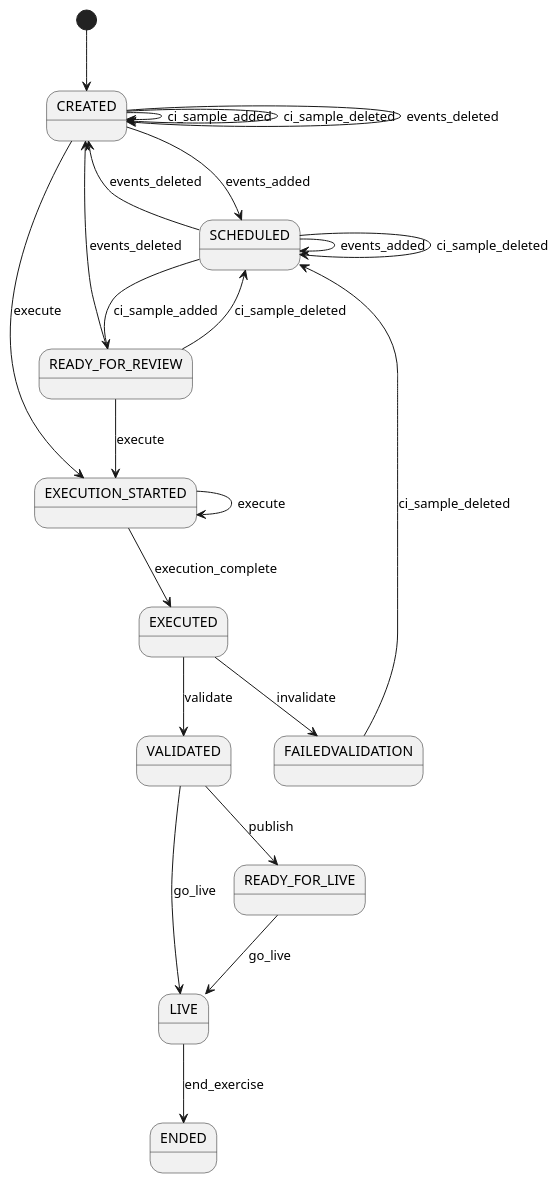
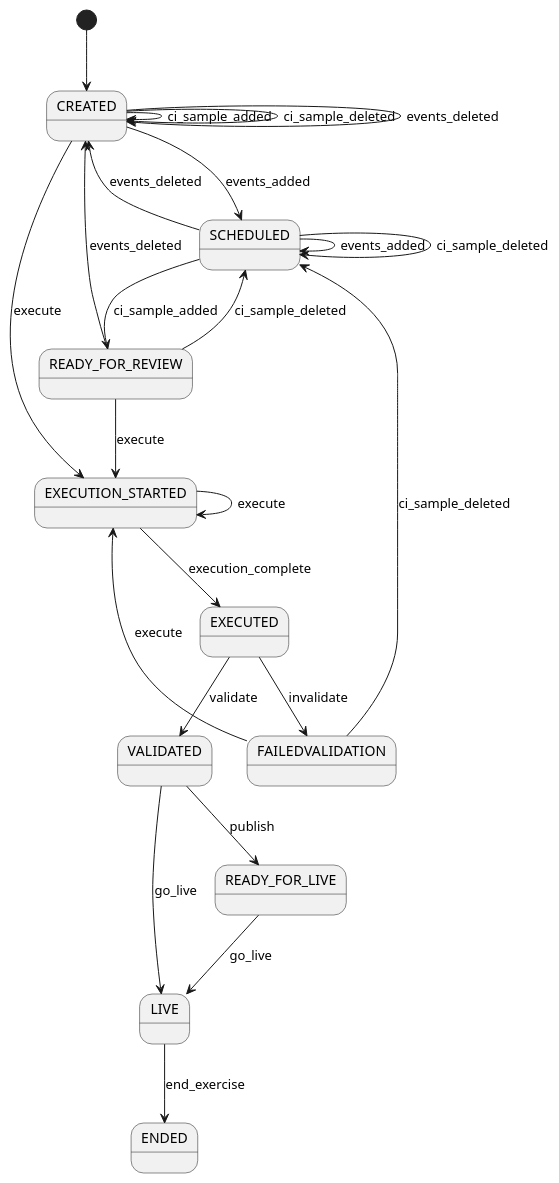
Before and after one commit to ONSdigital/rm-collection-exercise-service: the diagram in diagrams/collection-exercise-new-states.puml, drawn with PlantUML. The commit also changed 2 other files, not shown here.

```diff
--- a/diagrams/collection-exercise-new-states.puml
+++ b/diagrams/collection-exercise-new-states.puml
@@ -1,26 +1,27 @@
 @startuml
 
 [*] --> CREATED
 CREATED --> CREATED : ci_sample_added
 CREATED --> CREATED : ci_sample_deleted
 CREATED --> CREATED : events_deleted
 CREATED --> SCHEDULED : events_added
 CREATED --> EXECUTION_STARTED : execute
 SCHEDULED --> SCHEDULED : events_added
 SCHEDULED --> SCHEDULED : ci_sample_deleted
 SCHEDULED --> READY_FOR_REVIEW : ci_sample_added
 SCHEDULED --> CREATED : events_deleted
 READY_FOR_REVIEW --> SCHEDULED : ci_sample_deleted
 READY_FOR_REVIEW --> CREATED : events_deleted
 READY_FOR_REVIEW --> EXECUTION_STARTED : execute
 EXECUTION_STARTED --> EXECUTION_STARTED : execute
 EXECUTION_STARTED --> EXECUTED : execution_complete
+FAILEDVALIDATION --> EXECUTION_STARTED : execute
 FAILEDVALIDATION --> SCHEDULED : ci_sample_deleted
 EXECUTED --> VALIDATED : validate
 EXECUTED --> FAILEDVALIDATION : invalidate
 VALIDATED --> READY_FOR_LIVE : publish
 VALIDATED --> LIVE : go_live
 READY_FOR_LIVE --> LIVE : go_live
 LIVE --> ENDED : end_exercise
 
 @enduml
```
